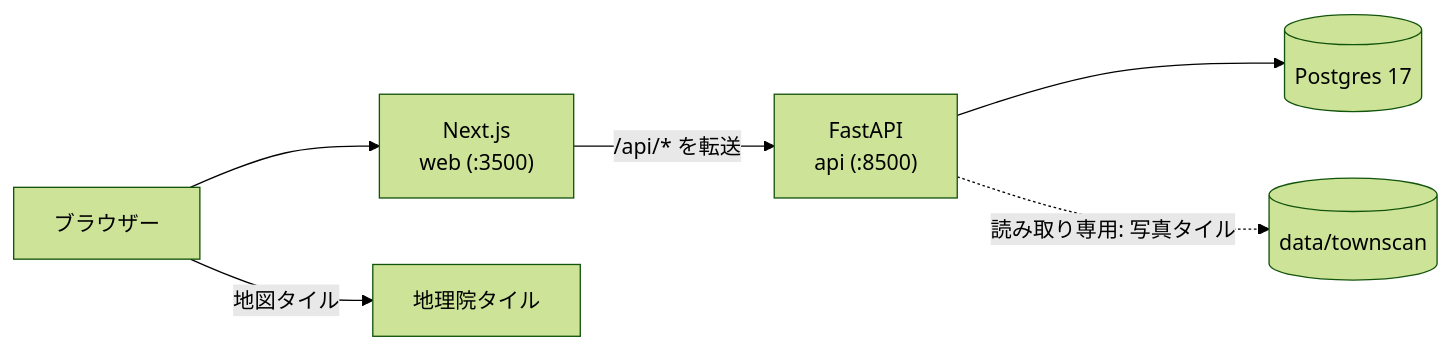
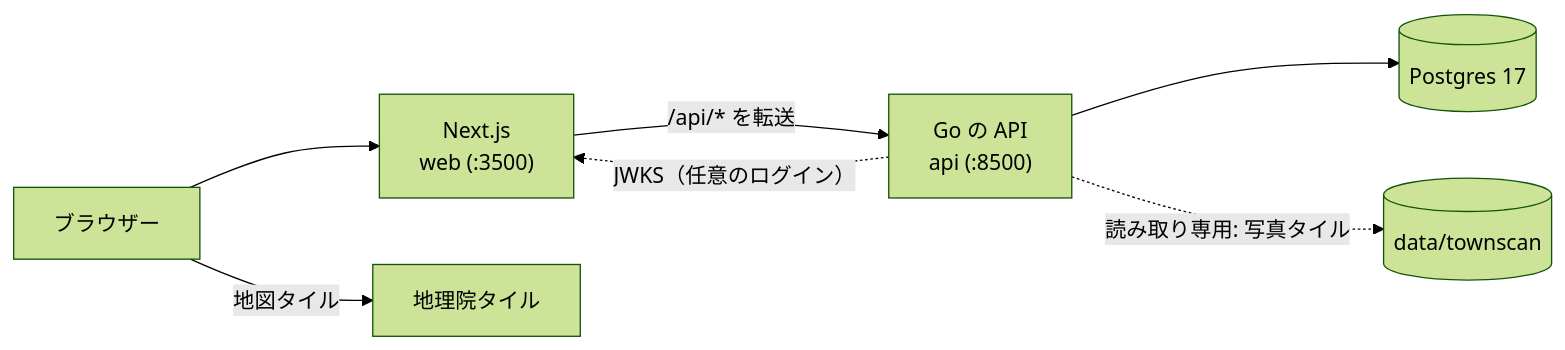
Before and after one commit to Starlight-Tree/TownScan: the first of 2 diagrams in README.ja.md, drawn with Mermaid (forest theme). The commit also changed other lines of this file and 1 other file, not shown here.

First line of the commit message:
docs(readme): show the Go API in the architecture and list environments

````diff
--- a/README.ja.md
+++ b/README.ja.md
@@ -23,8 +25,9 @@
 ```mermaid
 flowchart LR
     B[ブラウザー] --> W["Next.js<br/>web (:3500)"]
-    W -->|"/api/* を転送"| A["FastAPI<br/>api (:8500)"]
+    W -->|"/api/* を転送"| A["Go の API<br/>api (:8500)"]
+    A -.->|"JWKS（任意のログイン）"| W
     A --> DB[("Postgres 17")]
     A -.->|"読み取り専用: 写真タイル"| D[("data/townscan")]
     B -->|"地図タイル"| G["地理院タイル"]
 ```
````
